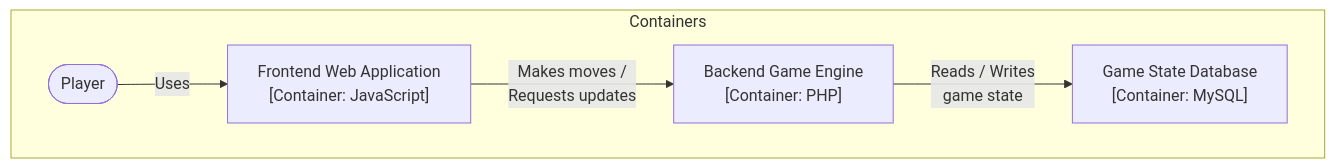
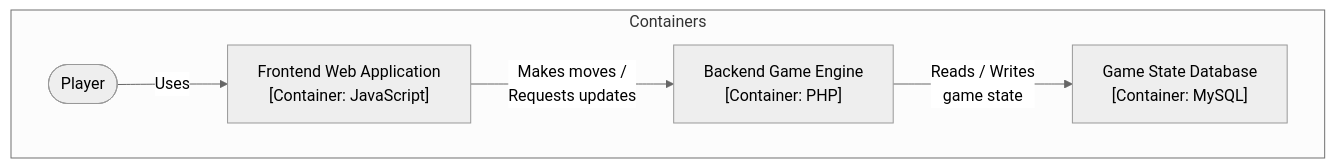
The second of 4 diagrams in arc42/README.md (skyler544/chess-architecture), drawn with Mermaid before and after one commit. The commit also changed other lines of this file, not shown here.

Commit message:
try to fix diagrams

````diff
--- a/arc42/README.md
+++ b/arc42/README.md
@@ -45,13 +45,17 @@
 ```mermaid
+---
+config:
+    theme: neutral
+---
 graph TB
     subgraph Containers
         Player(["Player"])
         WebApp["Frontend Web Application<br/>[Container: JavaScript]"]
         GameEngine["Backend Game Engine<br/>[Container: PHP]"]
         PersistenceSubsystem["Game State Database<br/>[Container: MySQL]"]
 
         Player -->|"Uses"| WebApp
         WebApp -->|"Makes moves /<br/>Requests updates"| GameEngine
         GameEngine -->|"Reads / Writes<br/>game state"| PersistenceSubsystem
     end
 ```
````
